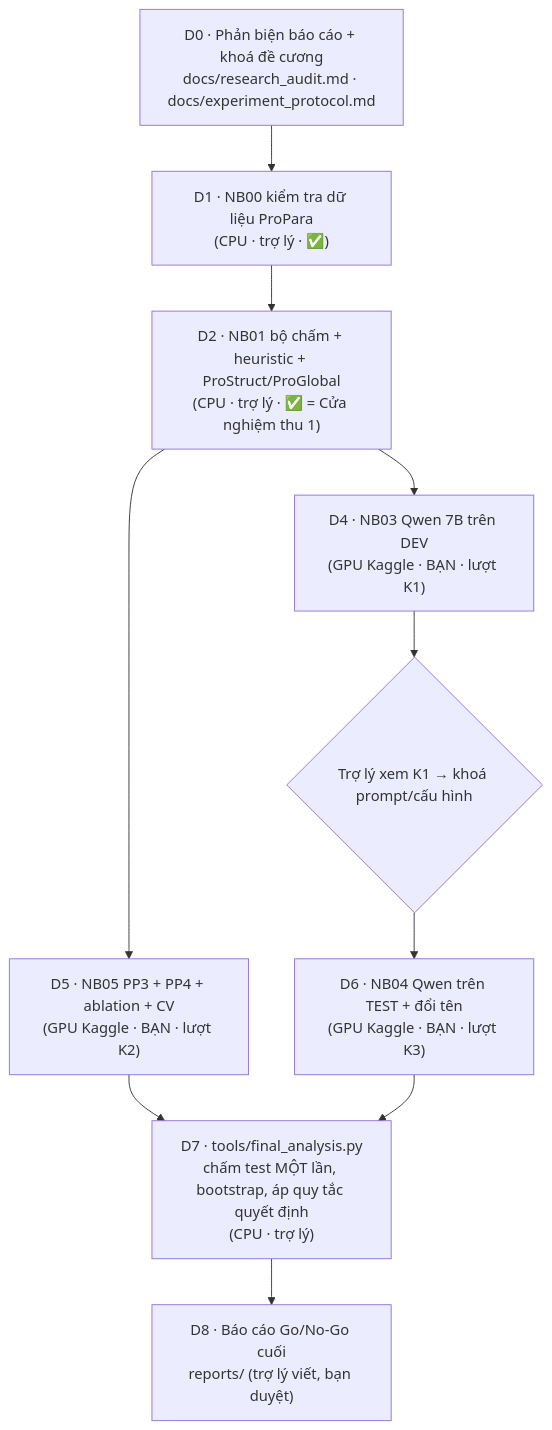
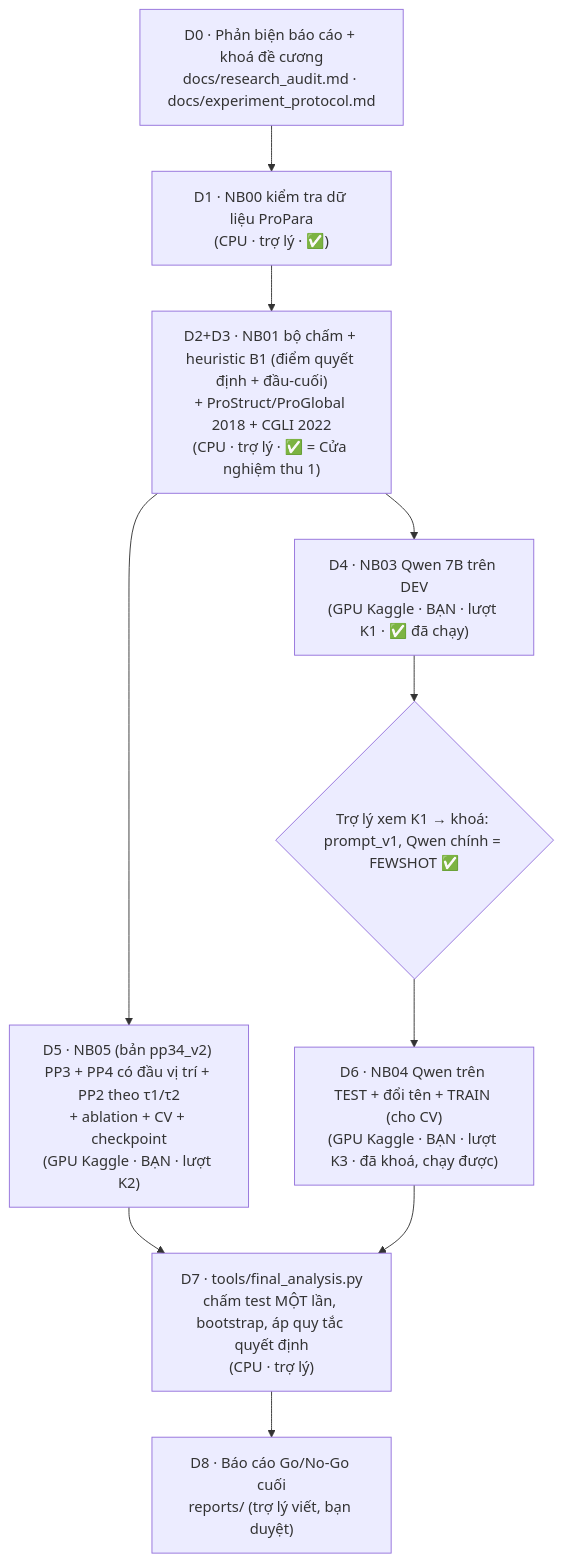
One commit to minhtridaoo/propara-go-no-go-research changed the diagram in propara_go_no_go/PIPELINE_TONG_QUAN.md. Above: the diagram before and after it, drawn with Mermaid. The commit also changed other lines of this file and 15 other files, not shown here.

````diff
--- a/propara_go_no_go/PIPELINE_TONG_QUAN.md
+++ b/propara_go_no_go/PIPELINE_TONG_QUAN.md
@@ -29,12 +31,12 @@
 ```mermaid
 flowchart TD
     A["D0 · Phản biện báo cáo + khoá đề cương<br/>docs/research_audit.md · docs/experiment_protocol.md"] --> B
     B["D1 · NB00 kiểm tra dữ liệu ProPara<br/>(CPU · trợ lý · ✅)"] --> C
-    C["D2 · NB01 bộ chấm + heuristic + ProStruct/ProGlobal<br/>(CPU · trợ lý · ✅ = Cửa nghiệm thu 1)"] --> D & E
-    D["D4 · NB03 Qwen 7B trên DEV<br/>(GPU Kaggle · BẠN · lượt K1)"] --> F
-    E["D5 · NB05 PP3 + PP4 + ablation + CV<br/>(GPU Kaggle · BẠN · lượt K2)"] --> G
-    F{"Trợ lý xem K1 → khoá prompt/cấu hình"} --> H
-    H["D6 · NB04 Qwen trên TEST + đổi tên<br/>(GPU Kaggle · BẠN · lượt K3)"] --> G
+    C["D2+D3 · NB01 bộ chấm + heuristic B1 (điểm quyết định + đầu-cuối)<br/>+ ProStruct/ProGlobal 2018 + CGLI 2022<br/>(CPU · trợ lý · ✅ = Cửa nghiệm thu 1)"] --> D & E
+    D["D4 · NB03 Qwen 7B trên DEV<br/>(GPU Kaggle · BẠN · lượt K1 · ✅ đã chạy)"] --> F
+    E["D5 · NB05 (bản pp34_v2) PP3 + PP4 có đầu vị trí + PP2 theo τ1/τ2<br/>+ ablation + CV + checkpoint<br/>(GPU Kaggle · BẠN · lượt K2)"] --> G
+    F{"Trợ lý xem K1 → khoá: prompt_v1, Qwen chính = FEWSHOT ✅"} --> H
+    H["D6 · NB04 Qwen trên TEST + đổi tên + TRAIN (cho CV)<br/>(GPU Kaggle · BẠN · lượt K3 · đã khoá, chạy được)"] --> G
     G["D7 · tools/final_analysis.py<br/>chấm test MỘT lần, bootstrap, áp quy tắc quyết định<br/>(CPU · trợ lý)"] --> I
     I["D8 · Báo cáo Go/No-Go cuối<br/>reports/ (trợ lý viết, bạn duyệt)"]
 ```
````
